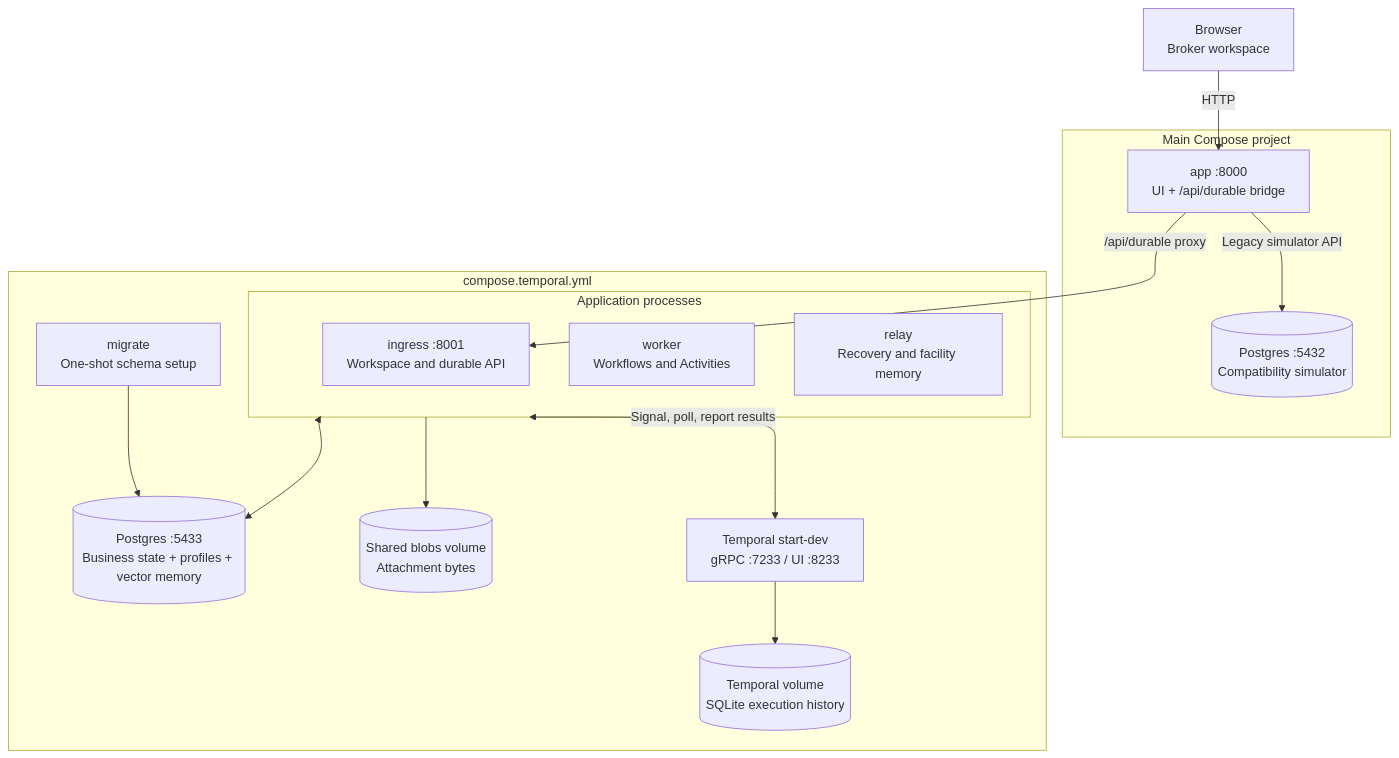
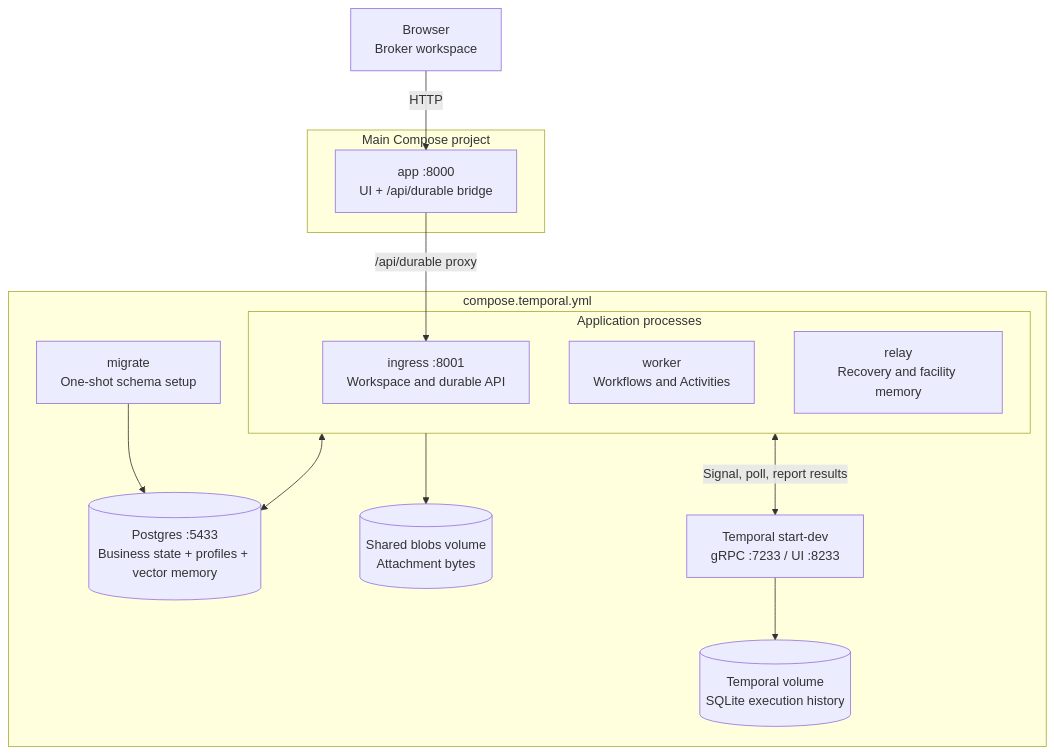
One commit to pedrocwb/freight-hero-assessment changed the first of 2 diagrams in docs/temporal.md. Above: the diagram before and after it, drawn with Mermaid. The commit also changed other lines of this file and 120 other files, not shown here.

Commit message:
refactor: retire legacy simulator in favor of broker workspaces

````diff
--- a/docs/temporal.md
+++ b/docs/temporal.md
@@ -16,28 +16,26 @@
 ```mermaid
 flowchart TB
   browser["Browser<br/>Broker workspace"]
   subgraph platform["Main Compose project"]
     app["app :8000<br/>UI + /api/durable bridge"]
-    legacy[("Postgres :5432<br/>Compatibility simulator")]
-    app -->|Legacy simulator API| legacy
   end
   subgraph durable["compose.temporal.yml"]
     subgraph services["Application processes"]
       ingress["ingress :8001<br/>Workspace and durable API"]
       worker["worker<br/>Workflows and Activities"]
       relay["relay<br/>Recovery and facility memory"]
     end
     db[("Postgres :5433<br/>Business state + profiles + vector memory")]
     blobs[("Shared blobs volume<br/>Attachment bytes")]
     temporal["Temporal start-dev<br/>gRPC :7233 / UI :8233"]
     history[("Temporal volume<br/>SQLite execution history")]
     migrate["migrate<br/>One-shot schema setup"]
     services <--> db
     services --> blobs
     services <-->|Signal, poll, report results| temporal
     temporal --> history
     migrate --> db
   end
   browser -->|HTTP| app
   app -->|/api/durable proxy| ingress
 ```
````
